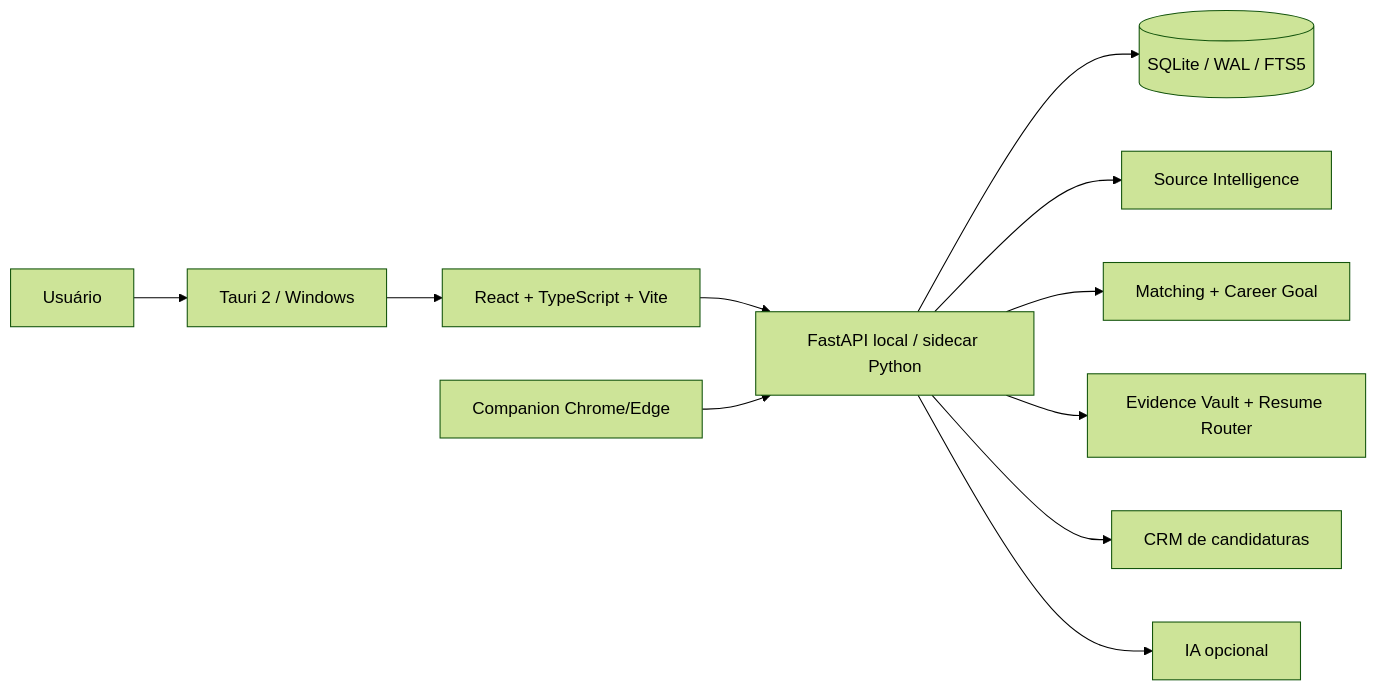
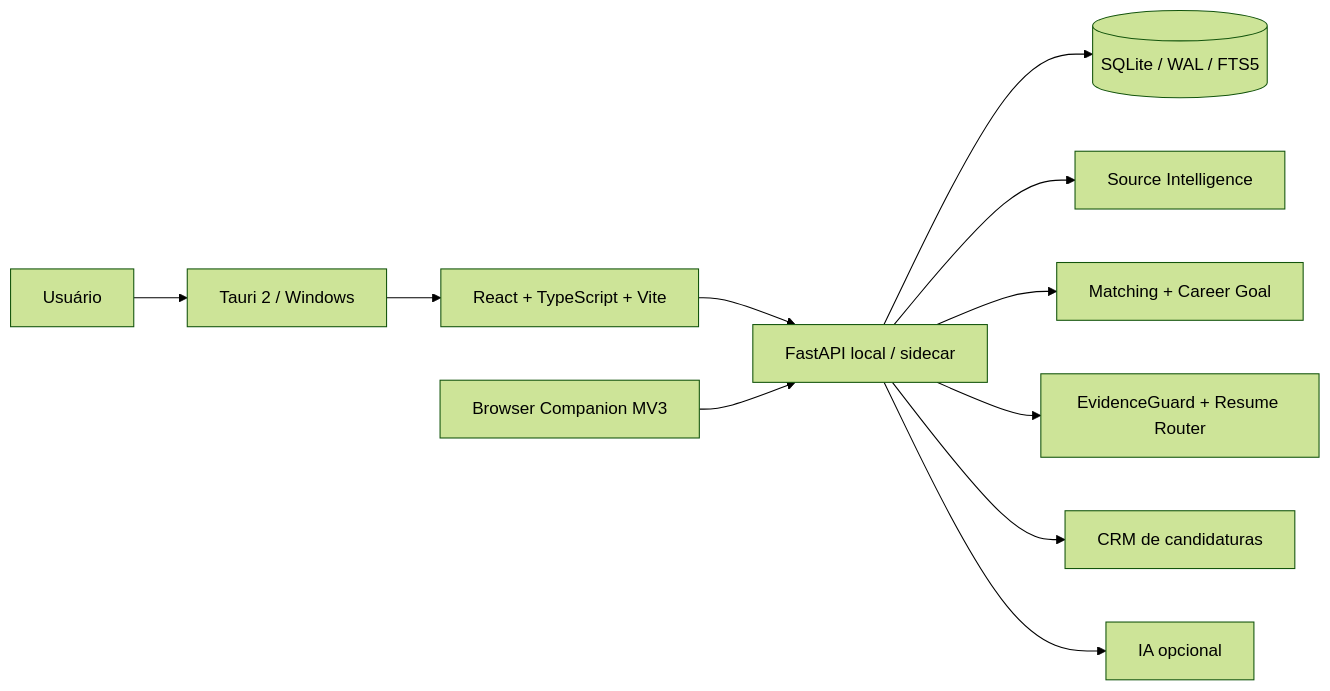
Before and after one commit to Mayconxzdev/CarreiraPessoal: the diagram in README.md, drawn with Mermaid (forest theme). The commit also changed other lines of this file, not shown here.

````diff
--- a/README.md
+++ b/README.md
@@ -39,13 +47,13 @@
 ```mermaid
 flowchart LR
     U[Usuário] --> T[Tauri 2 / Windows]
     T --> R[React + TypeScript + Vite]
-    R --> A[FastAPI local / sidecar Python]
+    R --> A[FastAPI local / sidecar]
     A --> D[(SQLite / WAL / FTS5)]
     A --> S[Source Intelligence]
     A --> M[Matching + Career Goal]
-    A --> E[Evidence Vault + Resume Router]
+    A --> E[EvidenceGuard + Resume Router]
     A --> C[CRM de candidaturas]
     A --> P[IA opcional]
-    B[Companion Chrome/Edge] --> A
+    B[Browser Companion MV3] --> A
 ```
````
